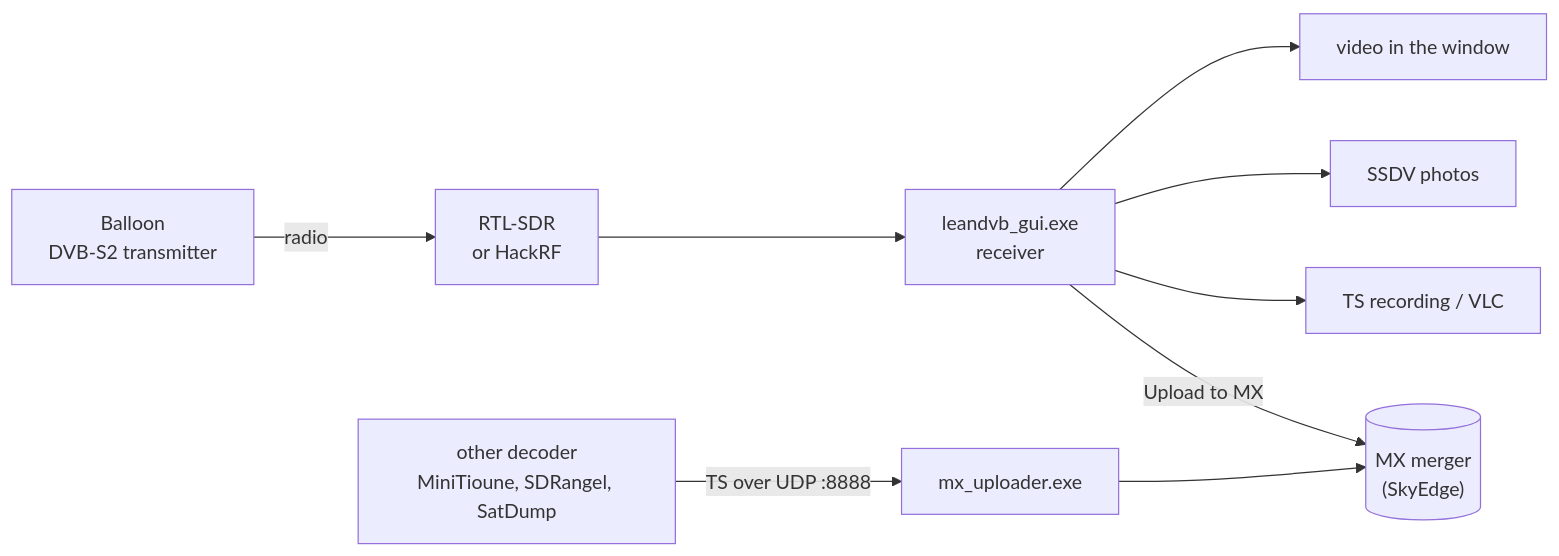
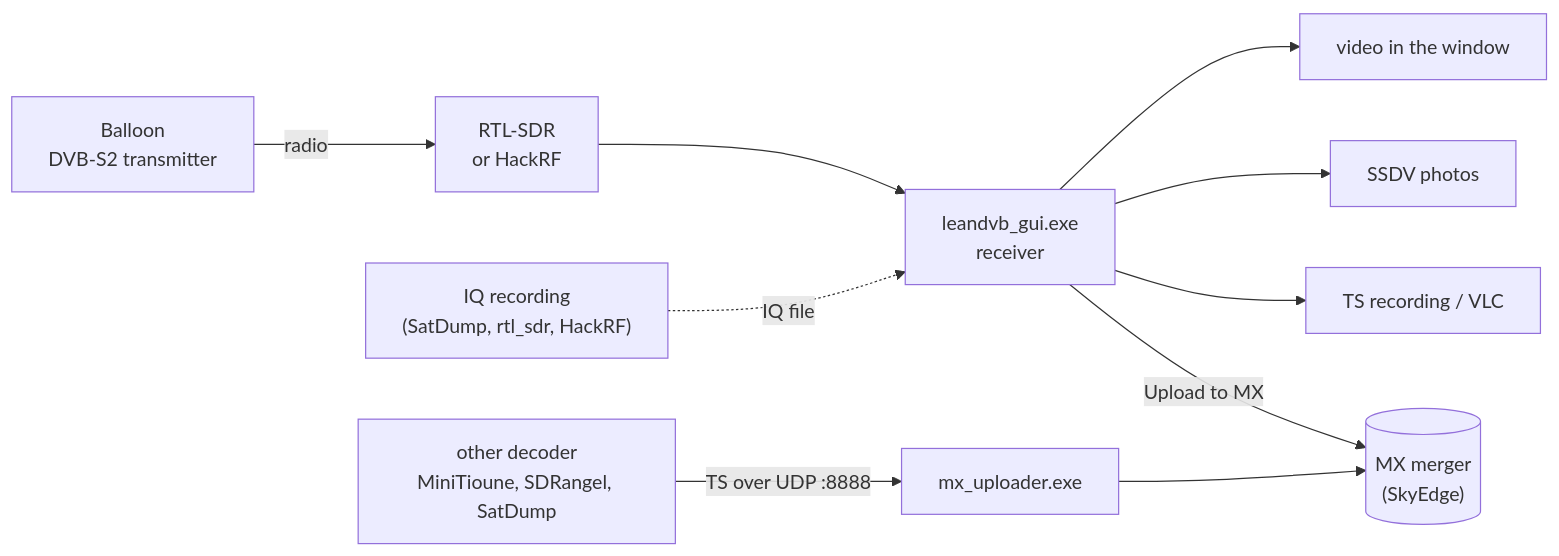
One commit to SP5LOT/dvbs2-decoder changed the diagram in README.md. Above: the diagram before and after it, drawn with Mermaid. The commit also changed other lines of this file, not shown here.

Commit message:
README: decoding a recorded IQ file (1.0.1), sample recording

````diff
--- a/README.md
+++ b/README.md
@@ -46,11 +47,12 @@
 ```mermaid
 flowchart LR
     TX["Balloon<br/>DVB-S2 transmitter"] -- radio --> SDR["RTL-SDR<br/>or HackRF"]
     SDR --> RX["leandvb_gui.exe<br/>receiver"]
+    F["IQ recording<br/>(SatDump, rtl_sdr, HackRF)"] -.->|IQ file| RX
     RX --> V["video in the window"]
     RX --> P["SSDV photos"]
     RX --> R["TS recording / VLC"]
     RX -- "Upload to MX" --> MX[("MX merger<br/>(SkyEdge)")]
     OD["other decoder<br/>MiniTioune, SDRangel, SatDump"] -- "TS over UDP :8888" --> UP["mx_uploader.exe"]
     UP --> MX
 ```
````
